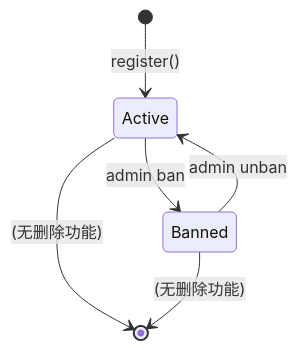
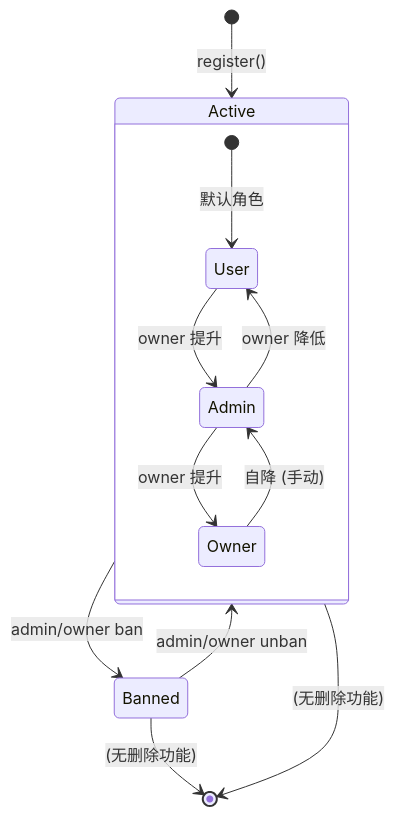
The first of 2 diagrams in .monkeycode/docs/专有概念/User.md (muzikeji/shortcut), drawn with Mermaid before and after one commit. The commit also changed other lines of this file and 14 other files, not shown here.

````diff
--- a/.monkeycode/docs/专有概念/User.md
+++ b/.monkeycode/docs/专有概念/User.md
@@ -60,8 +79,16 @@
 ```mermaid
 stateDiagram-v2
     [*] --> Active: register()
-    Active --> Banned: admin ban
-    Banned --> Active: admin unban
+    Active --> Banned: admin/owner ban
+    Banned --> Active: admin/owner unban
     Active --> [*]: (无删除功能)
     Banned --> [*]: (无删除功能)
+
+    state Active {
+        [*] --> User: 默认角色
+        User --> Admin: owner 提升
+        Admin --> Owner: owner 提升
+        Admin --> User: owner 降低
+        Owner --> Admin: 自降 (手动)
+    }
 ```
````
